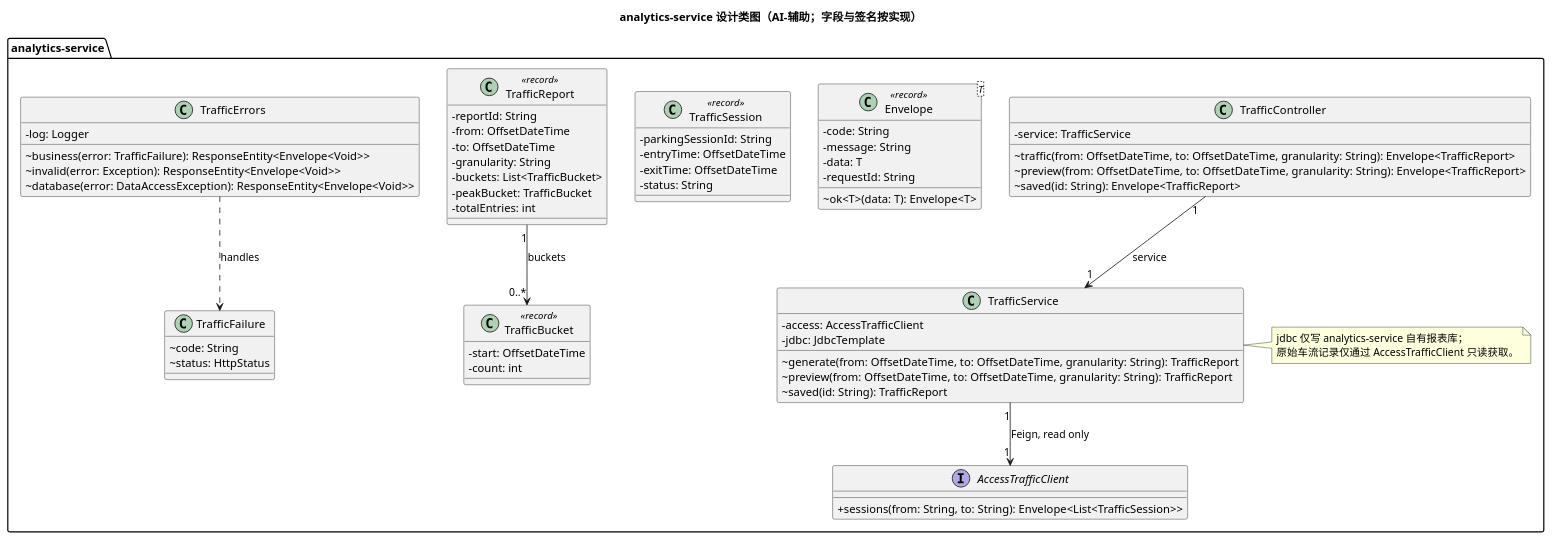
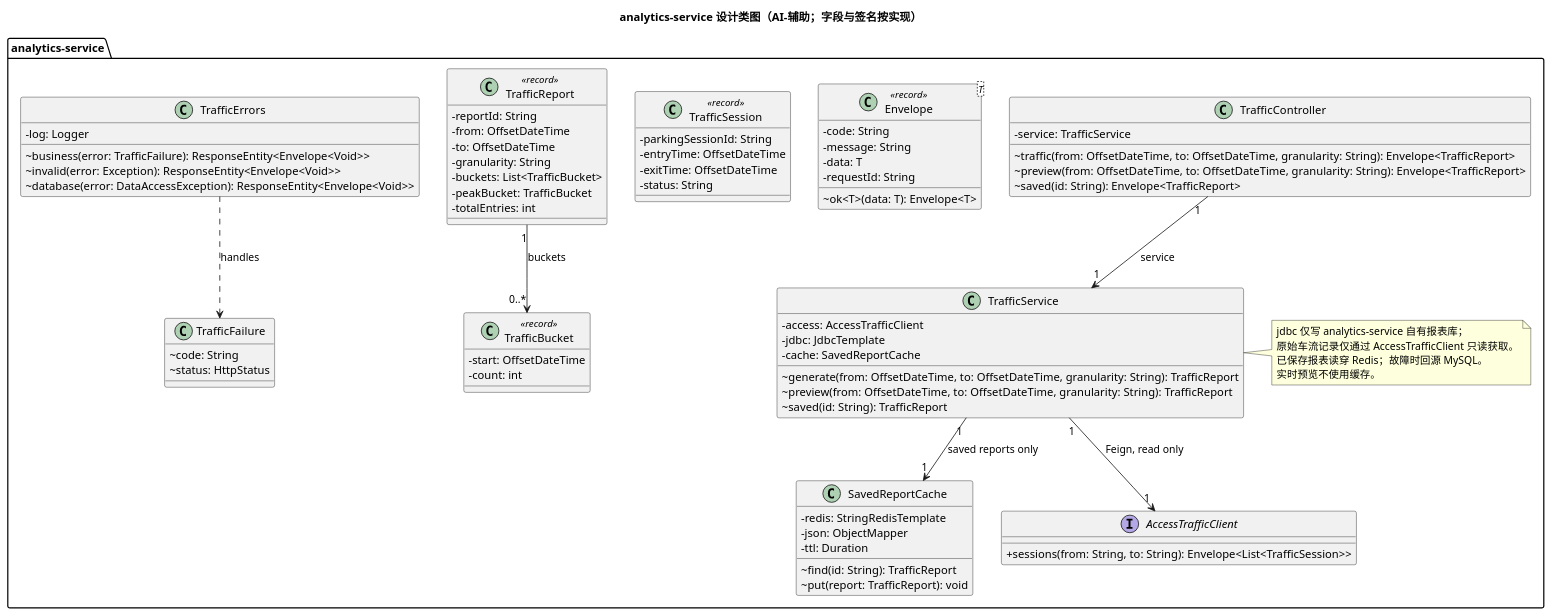
The fifth of 5 diagrams in models/15-design-classes.puml (Gindama713/UMLWORK), drawn with PlantUML before and after one commit. The commit also changed 18 other files, not shown here.

Commit message:
feat(analytics): cache saved traffic reports in optional Redis

```diff
--- a/models/15-design-classes.puml
+++ b/models/15-design-classes.puml
@@ -190,66 +190,77 @@
 @startuml
 title analytics-service 设计类图（AI-辅助；字段与签名按实现）
 skinparam classAttributeIconSize 0
 package "analytics-service" {
   class TrafficController {
     -service: TrafficService
     ~traffic(from: OffsetDateTime, to: OffsetDateTime, granularity: String): Envelope<TrafficReport>
     ~preview(from: OffsetDateTime, to: OffsetDateTime, granularity: String): Envelope<TrafficReport>
     ~saved(id: String): Envelope<TrafficReport>
   }
   class TrafficService {
     -access: AccessTrafficClient
     -jdbc: JdbcTemplate
+    -cache: SavedReportCache
     ~generate(from: OffsetDateTime, to: OffsetDateTime, granularity: String): TrafficReport
     ~preview(from: OffsetDateTime, to: OffsetDateTime, granularity: String): TrafficReport
     ~saved(id: String): TrafficReport
+  }
+  class SavedReportCache {
+    -redis: StringRedisTemplate
+    -json: ObjectMapper
+    -ttl: Duration
+    ~find(id: String): TrafficReport
+    ~put(report: TrafficReport): void
   }
   interface AccessTrafficClient {
     +sessions(from: String, to: String): Envelope<List<TrafficSession>>
   }
   class "Envelope<T>" as TrafficEnvelope <<record>> {
     -code: String
     -message: String
     -data: T
     -requestId: String
     ~ok<T>(data: T): Envelope<T>
   }
   class TrafficSession <<record>> {
     -parkingSessionId: String
     -entryTime: OffsetDateTime
     -exitTime: OffsetDateTime
     -status: String
   }
   class TrafficBucket <<record>> {
     -start: OffsetDateTime
     -count: int
   }
   class TrafficReport <<record>> {
     -reportId: String
     -from: OffsetDateTime
     -to: OffsetDateTime
     -granularity: String
     -buckets: List<TrafficBucket>
     -peakBucket: TrafficBucket
     -totalEntries: int
   }
   class TrafficFailure {
     ~code: String
     ~status: HttpStatus
   }
   class TrafficErrors {
     -log: Logger
     ~business(error: TrafficFailure): ResponseEntity<Envelope<Void>>
     ~invalid(error: Exception): ResponseEntity<Envelope<Void>>
     ~database(error: DataAccessException): ResponseEntity<Envelope<Void>>
   }
   TrafficController "1" --> "1" TrafficService : service
   TrafficService "1" --> "1" AccessTrafficClient : Feign, read only
+  TrafficService "1" --> "1" SavedReportCache : saved reports only
   TrafficReport "1" --> "0..*" TrafficBucket : buckets
   TrafficErrors ..> TrafficFailure : handles
   note right of TrafficService
     jdbc 仅写 analytics-service 自有报表库；
     原始车流记录仅通过 AccessTrafficClient 只读获取。
+    已保存报表读穿 Redis；故障时回源 MySQL。
+    实时预览不使用缓存。
   end note
 }
 @enduml
```
